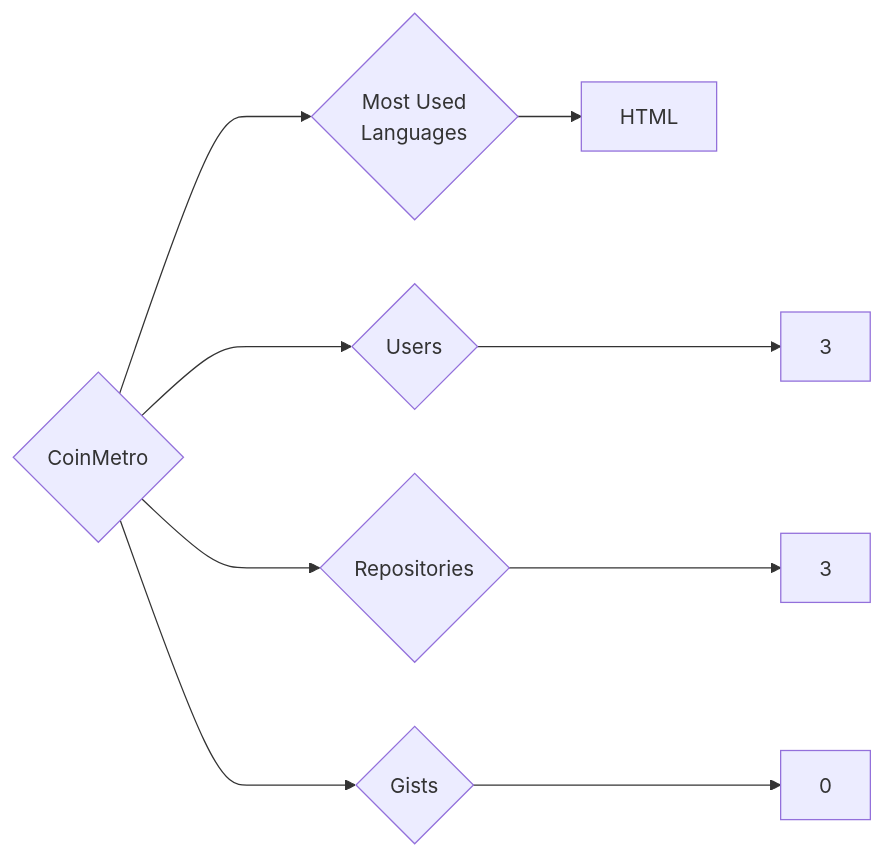
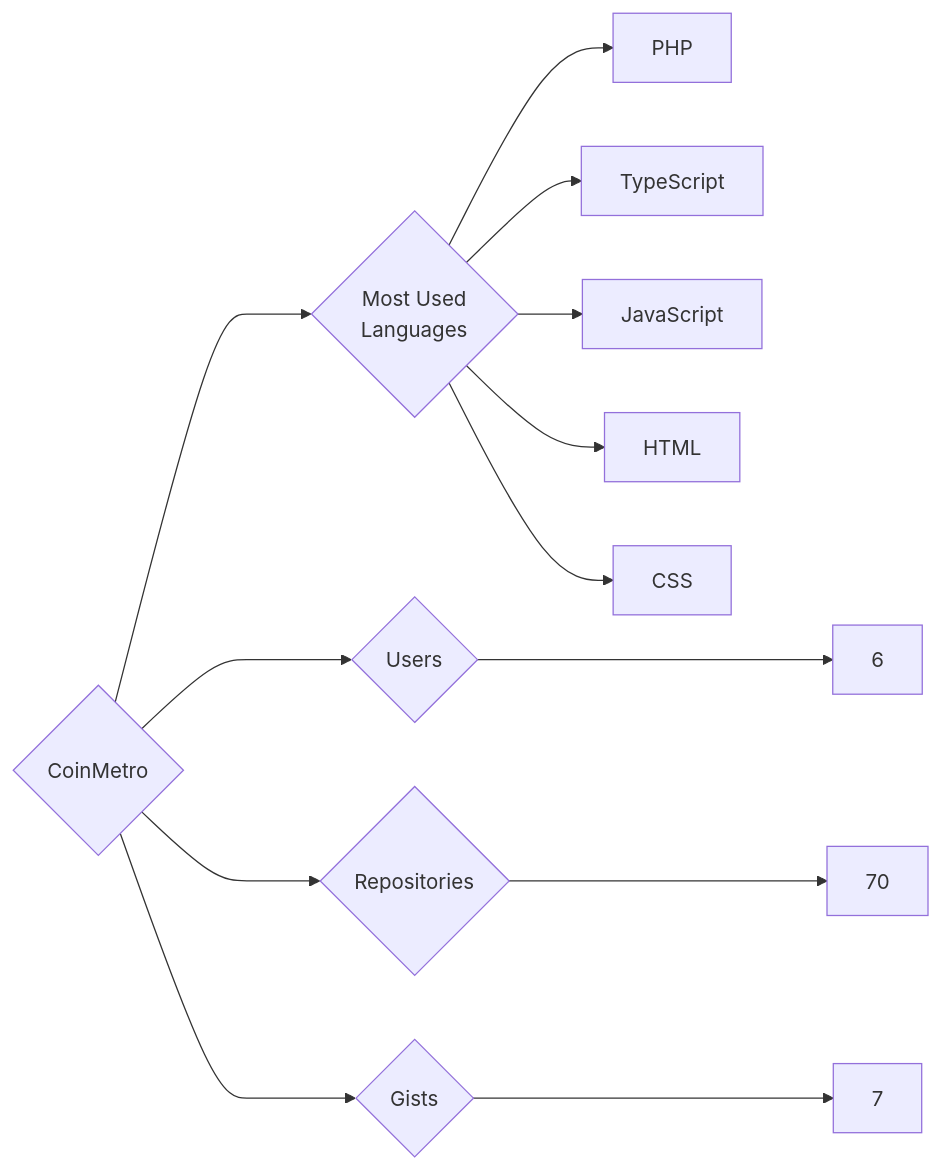
Before and after one commit to trickest/insiders: the diagram in targets/CoinMetro/README.md, drawn with Mermaid. The commit also changed 840 other files, not shown here.

````diff
--- a/targets/CoinMetro/README.md
+++ b/targets/CoinMetro/README.md
@@ -3,9 +3,13 @@
 ```mermaid
 graph LR
 COMPANY_NAME{CoinMetro}
-COMPANY_NAME ---> U{Users} ---> UN[3]
-COMPANY_NAME ---> R{Repositories} ---> RN[3]
-COMPANY_NAME ---> G{Gists} ---> GN[0]
+COMPANY_NAME ---> U{Users} ---> UN[6]
+COMPANY_NAME ---> R{Repositories} ---> RN[70]
+COMPANY_NAME ---> G{Gists} ---> GN[7]
 COMPANY_NAME ---> ML{Most Used<br>Languages}
+ML --> PHP[PHP]
+ML --> TypeScript[TypeScript]
+ML --> JavaScript[JavaScript]
 ML --> HTML[HTML]
+ML --> CSS[CSS]
 ```
````
